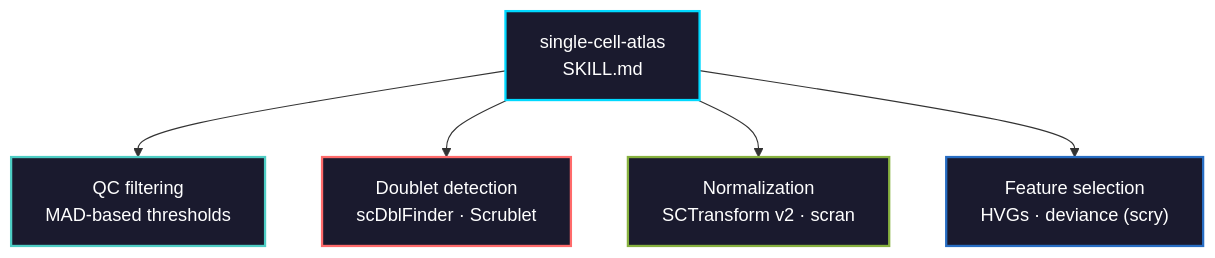
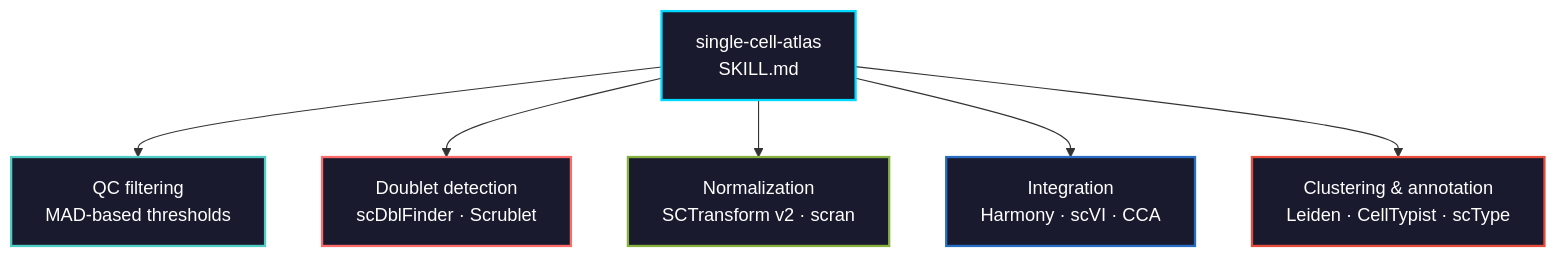
The diagram in skills/single-cell-atlas/README.md (zamushwani/biomedical-ai-skills), drawn with Mermaid before and after one commit. The commit also changed other lines of this file and 3 other files, not shown here.

Commit message:
Add integration, clustering, and cell type annotation to single-cell-atlas skill

````diff
--- a/skills/single-cell-atlas/README.md
+++ b/skills/single-cell-atlas/README.md
@@ -5,12 +5,14 @@
 ```mermaid
 graph TD
     A["single-cell-atlas<br>SKILL.md"] --> B["QC filtering<br>MAD-based thresholds"]
     A --> C["Doublet detection<br>scDblFinder · Scrublet"]
     A --> D["Normalization<br>SCTransform v2 · scran"]
-    A --> E["Feature selection<br>HVGs · deviance (scry)"]
+    A --> E["Integration<br>Harmony · scVI · CCA"]
+    A --> F["Clustering & annotation<br>Leiden · CellTypist · scType"]
     style A fill:#1a1a2e,stroke:#00d9ff,color:#fff,stroke-width:2px
     style B fill:#1a1a2e,stroke:#4ecdc4,color:#fff,stroke-width:2px
     style C fill:#1a1a2e,stroke:#ff6b6b,color:#fff,stroke-width:2px
     style D fill:#1a1a2e,stroke:#87b13f,color:#fff,stroke-width:2px
     style E fill:#1a1a2e,stroke:#276DC3,color:#fff,stroke-width:2px
+    style F fill:#1a1a2e,stroke:#e84d3c,color:#fff,stroke-width:2px
 ```
````
